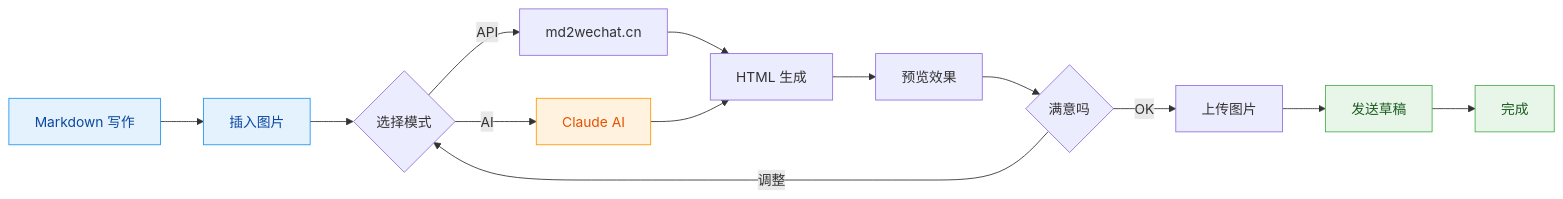
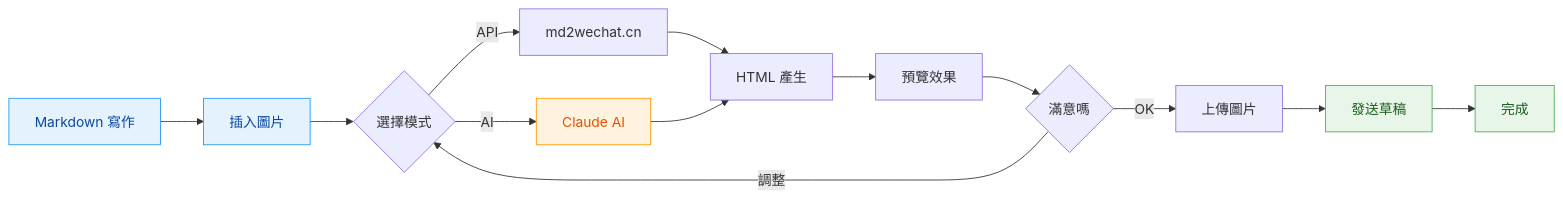
Before and after one commit to lalawgwg99/InkFlow-Gemini: the second of 4 diagrams in README.md, drawn with Mermaid. The commit also changed other lines of this file and 23 other files, not shown here.

````diff
--- a/README.md
+++ b/README.md
@@ -119,28 +119,28 @@
 ```mermaid
 flowchart LR
-    A1[Markdown 写作] --> A2[插入图片]
-    A2 --> B1{选择模式}
+    A1[Markdown 寫作] --> A2[插入圖片]
+    A2 --> B1{選擇模式}
 
     B1 -->|API| B2[md2wechat.cn]
     B1 -->|AI| B3[Claude AI]
 
-    B2 --> B4[HTML 生成]
+    B2 --> B4[HTML 產生]
     B3 --> B4
 
-    B4 --> C1[预览效果]
-    C1 --> C2{满意吗}
+    B4 --> C1[預覽效果]
+    C1 --> C2{滿意嗎}
 
-    C2 -->|调整| B1
-    C2 -->|OK| C3[上传图片]
-    C3 --> C4[发送草稿]
+    C2 -->|調整| B1
+    C2 -->|OK| C3[上傳圖片]
+    C3 --> C4[發送草稿]
     C4 --> C5[完成]
 
     classDef write fill:#e3f2fd,stroke:#2196f3,color:#0d47a1
     classDef ai fill:#fff3e0,stroke:#ff9800,color:#e65100
     classDef done fill:#e8f5e9,stroke:#4caf50,color:#1b5e20
     classDef success fill:#c8e6c9,stroke:#4caf50,color:#1b5e20
 
     class A1,A2 write
     class B3 ai
     class C4,C5 done
 ```
````
